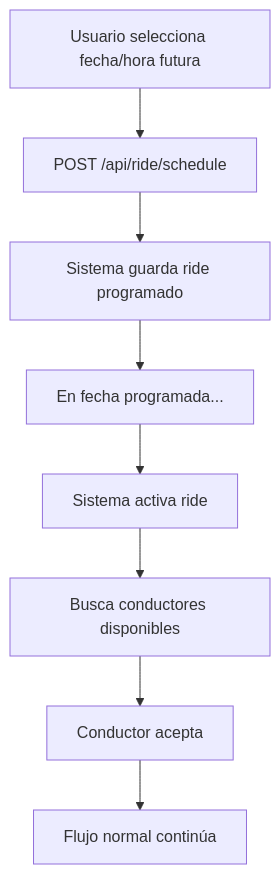
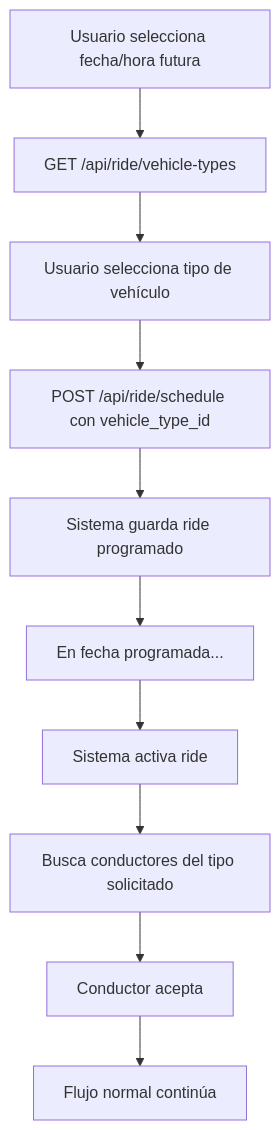
Before and after one commit to CodeSistency/uber-clone-nest: the seventh of 8 diagrams in docs/RIDES-MODULE-DOCUMENTATION.md, drawn with Mermaid. The commit also changed other lines of this file and 60 other files, not shown here.

````diff
--- a/docs/RIDES-MODULE-DOCUMENTATION.md
+++ b/docs/RIDES-MODULE-DOCUMENTATION.md
@@ -527,10 +640,12 @@
 ```mermaid
 graph TD
-    A[Usuario selecciona fecha/hora futura] --> B[POST /api/ride/schedule]
-    B --> C[Sistema guarda ride programado]
-    C --> D[En fecha programada...]
-    D --> E[Sistema activa ride]
-    E --> F[Busca conductores disponibles]
-    F --> G[Conductor acepta]
-    G --> H[Flujo normal continúa]
+    A[Usuario selecciona fecha/hora futura] --> B[GET /api/ride/vehicle-types]
+    B --> C[Usuario selecciona tipo de vehículo]
+    C --> D[POST /api/ride/schedule con vehicle_type_id]
+    D --> E[Sistema guarda ride programado]
+    E --> F[En fecha programada...]
+    F --> G[Sistema activa ride]
+    G --> H[Busca conductores del tipo solicitado]
+    H --> I[Conductor acepta]
+    I --> J[Flujo normal continúa]
 ```
````
